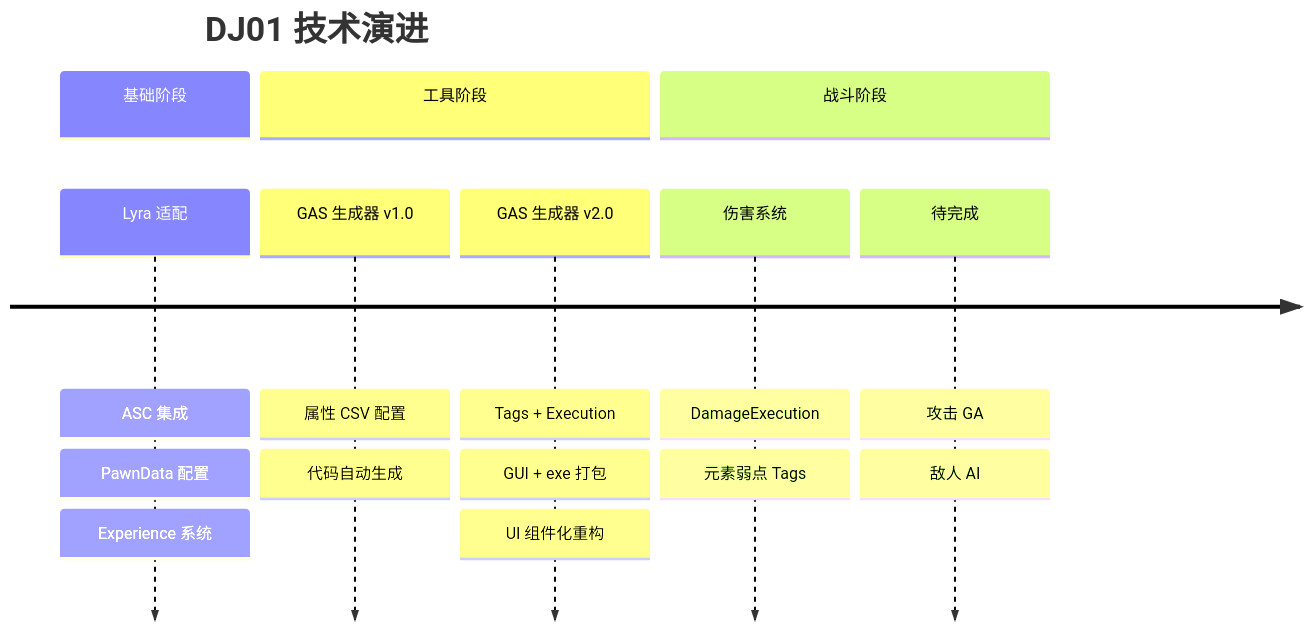
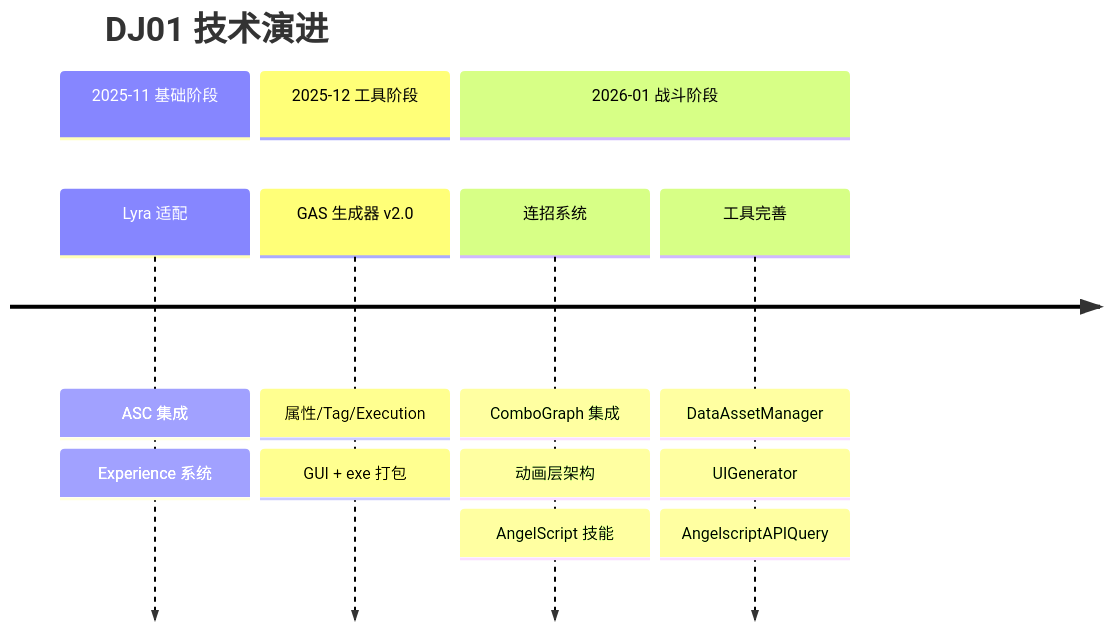
The third of 3 diagrams in docs/ROADMAP.md (hinagigu/DJ01), drawn with Mermaid before and after one commit. The commit also changed other lines of this file and 685 other files, not shown here.

````diff
--- a/docs/ROADMAP.md
+++ b/docs/ROADMAP.md
@@ -292,22 +328,20 @@
 ```mermaid
 timeline
     title DJ01 技术演进
     
-    section 基础阶段
+    section 2025-11 基础阶段
         Lyra 适配 : ASC 集成
-                  : PawnData 配置
                   : Experience 系统
     
-    section 工具阶段
-        GAS 生成器 v1.0 : 属性 CSV 配置
-                       : 代码自动生成
-        GAS 生成器 v2.0 : Tags + Execution
-                       : GUI + exe 打包
-                       : UI 组件化重构
+    section 2025-12 工具阶段
+        GAS 生成器 v2.0 : 属性/Tag/Execution
+                        : GUI + exe 打包
     
-    section 战斗阶段
-        伤害系统 : DamageExecution
-                : 元素弱点 Tags
-        待完成   : 攻击 GA
-                : 敌人 AI
+    section 2026-01 战斗阶段
+        连招系统 : ComboGraph 集成
+                : 动画层架构
+                : AngelScript 技能
+        工具完善 : DataAssetManager
+                : UIGenerator
+                : AngelscriptAPIQuery
 ```
````
